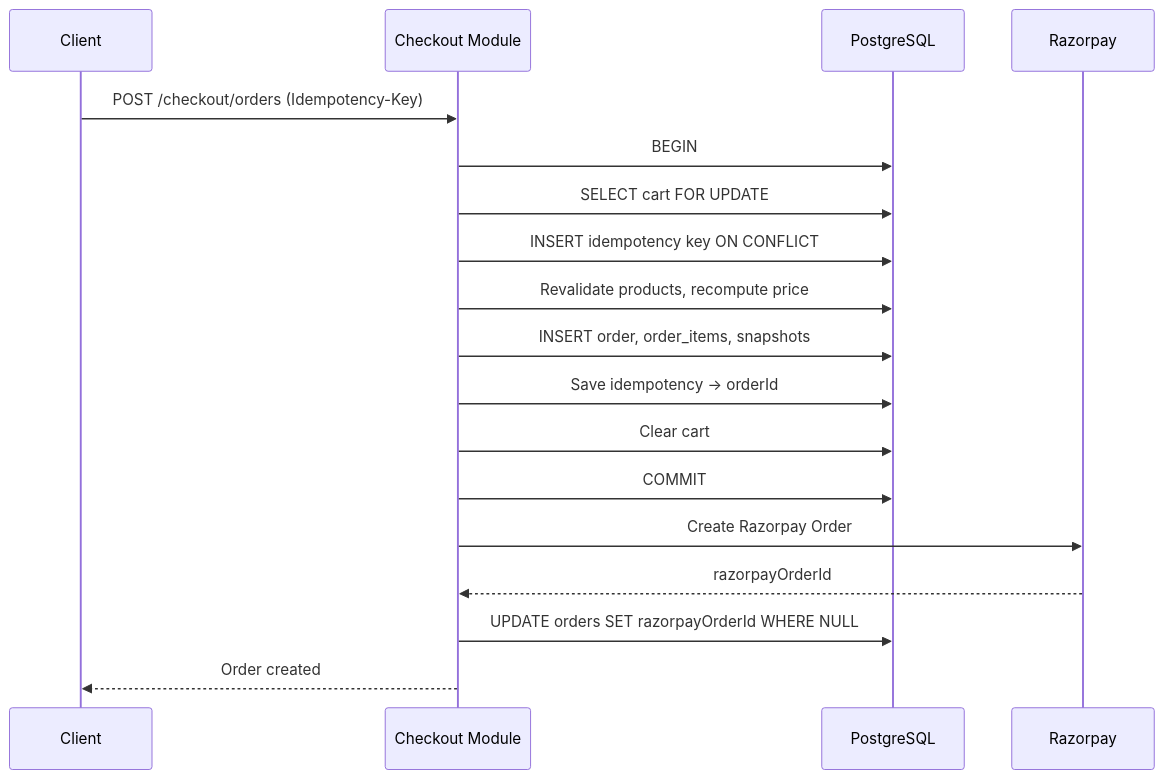
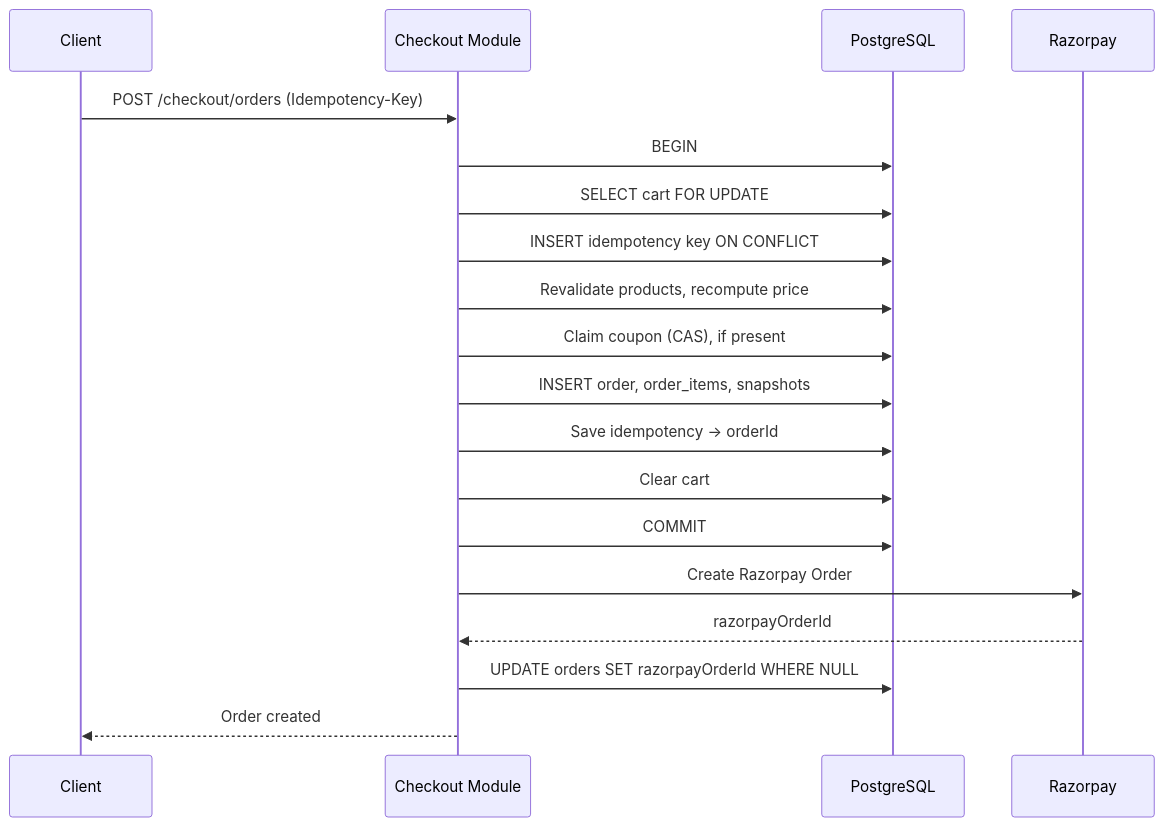
The second of 2 diagrams in Readme.md (AtharvaVavhal/PrintForge), drawn with Mermaid before and after one commit. The commit also changed other lines of this file, not shown here.

````diff
--- a/Readme.md
+++ b/Readme.md
@@ -159,21 +170,21 @@
 ```mermaid
 sequenceDiagram
     participant C as Client
     participant API as Checkout Module
     participant DB as PostgreSQL
     participant RZP as Razorpay
-
     C->>API: POST /checkout/orders (Idempotency-Key)
     API->>DB: BEGIN
     API->>DB: SELECT cart FOR UPDATE
     API->>DB: INSERT idempotency key ON CONFLICT
     API->>DB: Revalidate products, recompute price
+    API->>DB: Claim coupon (CAS), if present
     API->>DB: INSERT order, order_items, snapshots
     API->>DB: Save idempotency → orderId
     API->>DB: Clear cart
     API->>DB: COMMIT
     API->>RZP: Create Razorpay Order
     RZP-->>API: razorpayOrderId
     API->>DB: UPDATE orders SET razorpayOrderId WHERE NULL
     API-->>C: Order created
 ```
````
